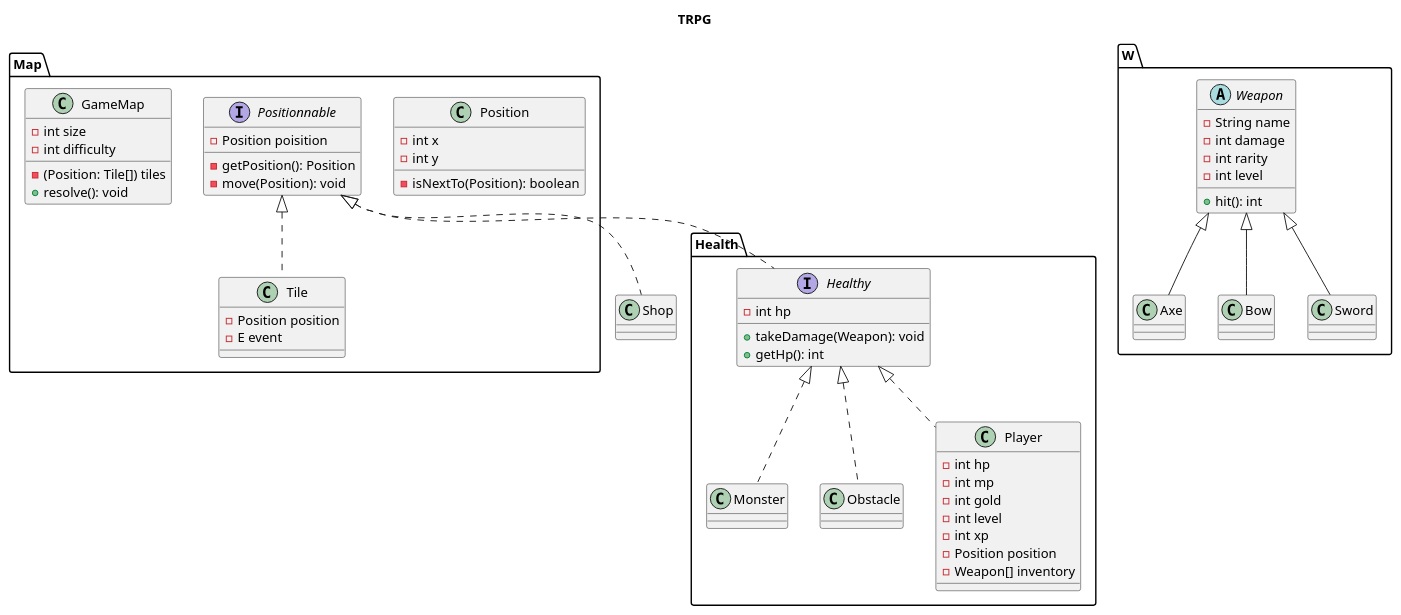
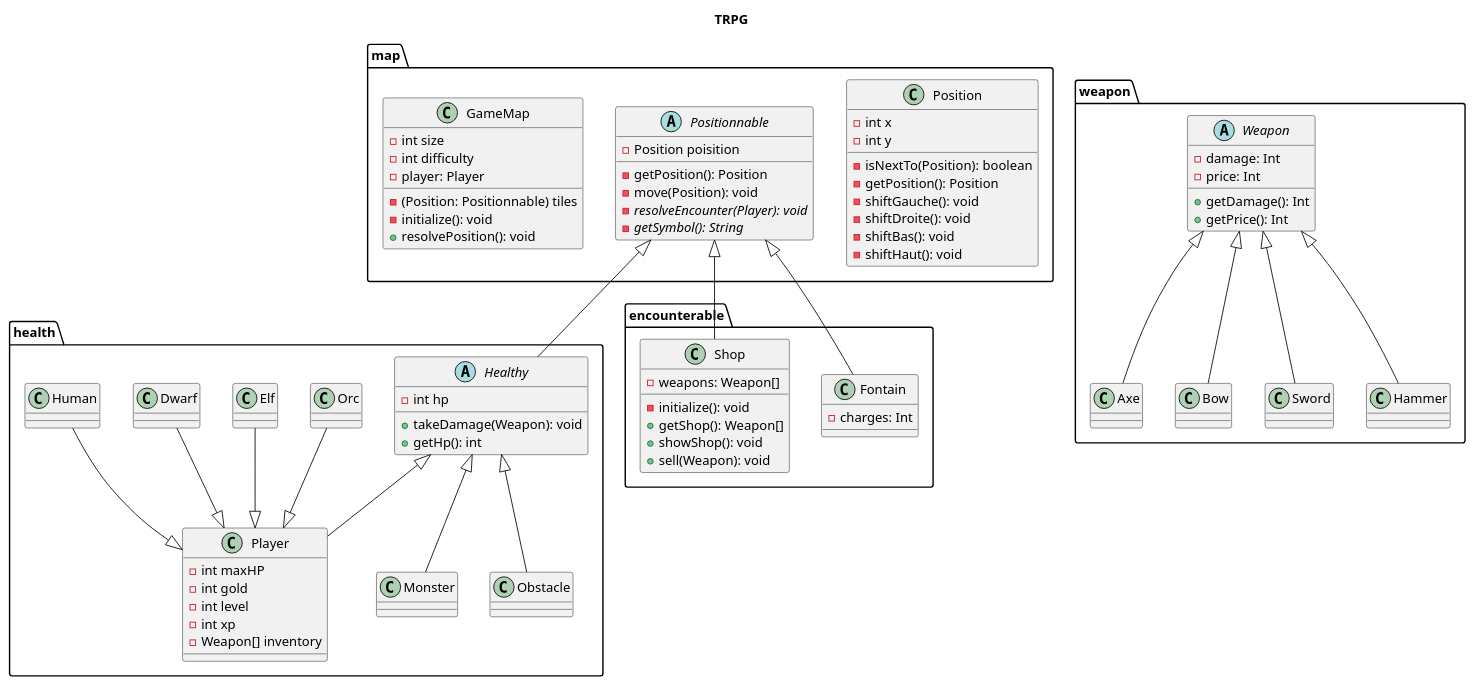
One commit to remabd/JAVA-TRPG changed the diagram in uml/classDiagram.puml. Above: the diagram before and after it, drawn with PlantUML. The commit also changed 9 other files, not shown here.

Commit message:
feat: uml fini, readme fini, suppression de Tile non utilisé

```diff
--- a/uml/classDiagram.puml
+++ b/uml/classDiagram.puml
@@ -1,75 +1,100 @@
 @startuml
 
 title TRPG
 
-package Health {
-  interface Healthy {
+package health {
+  abstract Healthy {
     - int hp
     + takeDamage(Weapon): void
     + getHp(): int
   }
   class Monster {}
   class Obstacle {}
   class Player {
-    - int hp
-    - int mp
+    - int maxHP 
     - int gold
     - int level
     - int xp
-    - Position position
     - Weapon[] inventory
   }
+
+  class Orc {}
+  class Elf {}
+  class Dwarf {}
+  class Human {}
 }
 
-package Map {
+Orc --|> Player
+Elf --|> Player
+Dwarf --|> Player
+Human --|> Player
+
+package map {
   class Position {
       - int x
       - int y
       - isNextTo(Position): boolean
+      - getPosition(): Position
+      - shiftGauche(): void
+      - shiftDroite(): void
+      - shiftBas(): void
+      - shiftHaut(): void
     }
-  Interface Positionnable {
+
+   abstract Positionnable {
     - Position poisition
     - getPosition(): Position
     - move(Position): void
+    - {abstract} resolveEncounter(Player): void
+    - {abstract} getSymbol(): String
   }
   class GameMap {
       - int size
       - int difficulty
-      - (Position: Tile[]) tiles
-      + resolve(): void
-    }
-  class Tile {
-      - Position position
-      - E event
+      - (Position: Positionnable) tiles
+      - player: Player
+      - initialize(): void
+      + resolvePosition(): void
     }
 }
 
-package W {
+package weapon {
   abstract Weapon {
-      - String name
-      - int damage
-      - int rarity
-      - int level
-      + hit(): int
+      - damage: Int
+      - price: Int
+      + getDamage(): Int
+      + getPrice(): Int
     }
   class Axe {}
   class Bow {}
   class Sword {}
+  class Hammer {}
+}
+package encounterable {
+  class Fontain {
+    - charges: Int
+  }
+  class Shop {
+    - weapons: Weapon[]
+    - initialize(): void
+    + getShop(): Weapon[]
+    + showShop(): void
+    + sell(Weapon): void
+  }
 }
 
-class Shop {}
+Positionnable <|-- Healthy
+Positionnable <|-- Shop
+Positionnable <|-- Fontain
 
-Positionnable <|.. Tile
-Positionnable <|.. Healthy
-Positionnable <|.. Shop
-
-Healthy <|.. Player
-Healthy <|.. Monster
-Healthy <|.. Obstacle
+Healthy <|-- Player
+Healthy <|-- Monster
+Healthy <|-- Obstacle
 
 Weapon <|-- Axe
 Weapon <|-- Bow
 Weapon <|-- Sword
+Weapon <|-- Hammer
 
 
 @enduml
```
